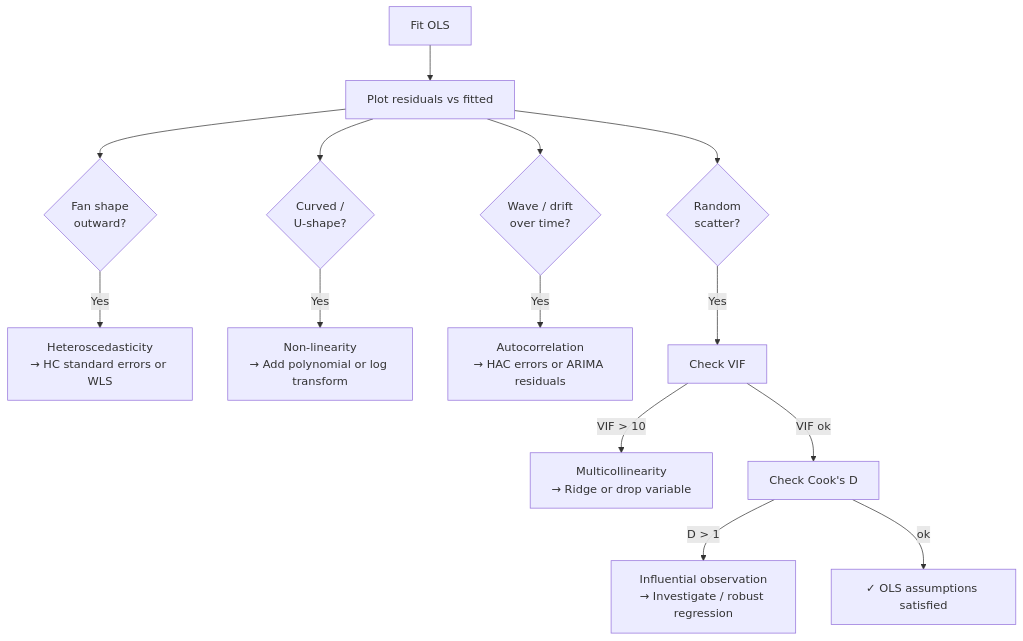
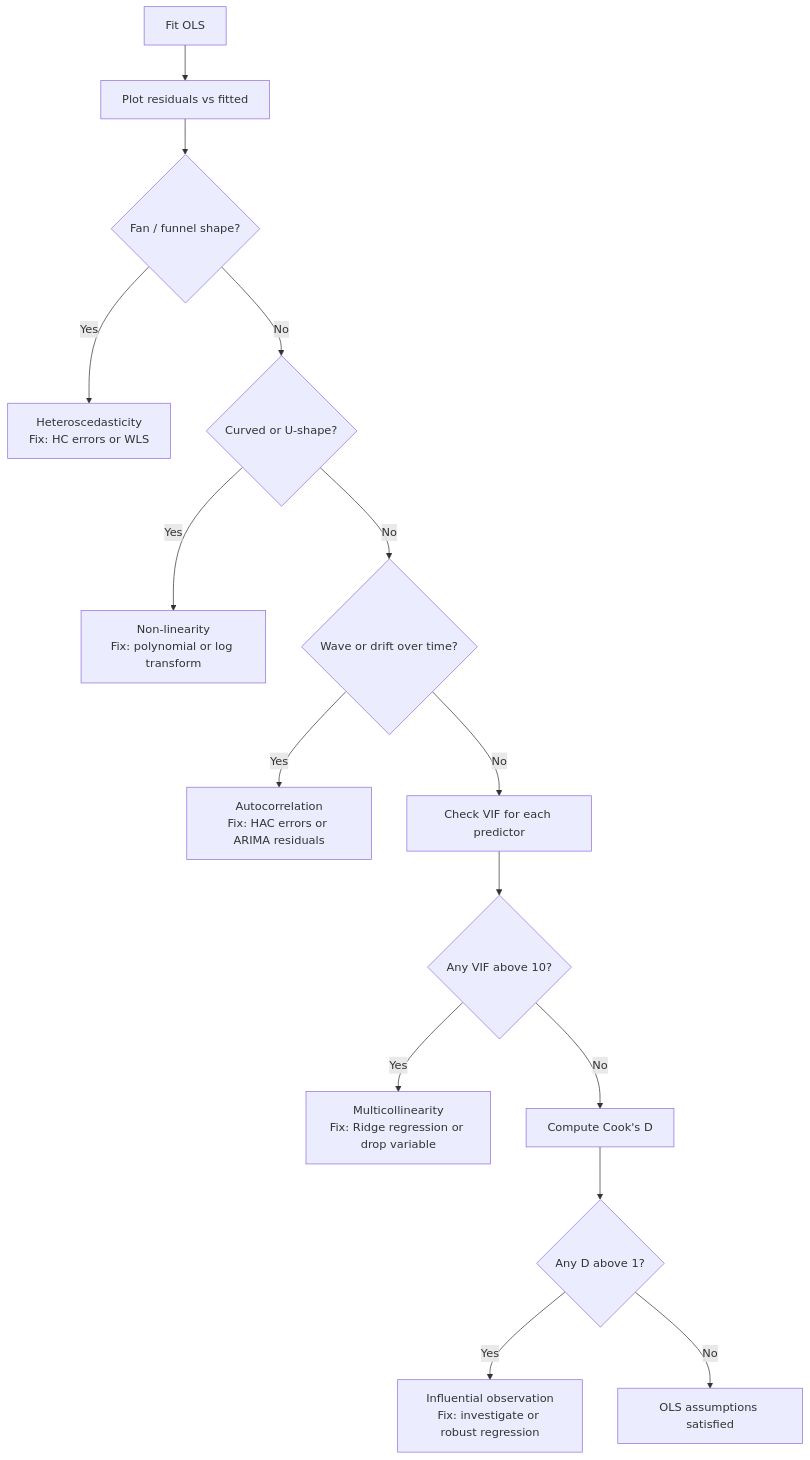
Before and after one commit to shubhamag91/ai-playbook: the first of 3 diagrams in src/content/docs/deep-dive/quantitative-methods.md, drawn with Mermaid. The commit also changed other lines of this file and 1 other file, not shown here.

Commit message:
Fix Mermaid diagrams failing to render in quantitative methods page
Three flowcharts were silently failing due to: '>' in edge labels conflicting
with Mermaid arrow syntax, unicode characters (Δ, subscripts, ✓, →) in node
labels, and overly complex multi-branch structures. Rewrote all three diagrams
with plain ASCII-safe syntax and cleaner sequential branching.

````diff
--- a/src/content/docs/deep-dive/quantitative-methods.md
+++ b/src/content/docs/deep-dive/quantitative-methods.md
@@ -344,16 +344,17 @@
 ```mermaid
 flowchart TD
-    Fit[Fit OLS] --> R[Plot residuals vs fitted]
-    R --> Fan{Fan shape\noutward?}
-    Fan -->|Yes| HET[Heteroscedasticity\n→ HC standard errors or WLS]
-    R --> Curve{Curved /\nU-shape?}
-    Curve -->|Yes| NL[Non-linearity\n→ Add polynomial or log transform]
-    R --> Wave{Wave / drift\nover time?}
-    Wave -->|Yes| AC[Autocorrelation\n→ HAC errors or ARIMA residuals]
-    R --> OK{Random\nscatter?}
-    OK -->|Yes| VIF[Check VIF]
-    VIF -->|VIF > 10| MC[Multicollinearity\n→ Ridge or drop variable]
-    VIF -->|VIF ok| Cook[Check Cook's D]
-    Cook -->|D > 1| Out[Influential observation\n→ Investigate / robust regression]
-    Cook -->|ok| Done[✓ OLS assumptions satisfied]
+    Fit[Fit OLS] --> RvF[Plot residuals vs fitted]
+    RvF --> Q1{Fan / funnel shape?}
+    Q1 -->|Yes| A1[Heteroscedasticity\nFix: HC errors or WLS]
+    Q1 -->|No| Q2{Curved or U-shape?}
+    Q2 -->|Yes| A2[Non-linearity\nFix: polynomial or log transform]
+    Q2 -->|No| Q3{Wave or drift over time?}
+    Q3 -->|Yes| A3[Autocorrelation\nFix: HAC errors or ARIMA residuals]
+    Q3 -->|No| VIF[Check VIF for each predictor]
+    VIF --> Q4{Any VIF above 10?}
+    Q4 -->|Yes| A4[Multicollinearity\nFix: Ridge regression or drop variable]
+    Q4 -->|No| Cook[Compute Cook's D]
+    Cook --> Q5{Any D above 1?}
+    Q5 -->|Yes| A5[Influential observation\nFix: investigate or robust regression]
+    Q5 -->|No| Done[OLS assumptions satisfied]
 ```
````
